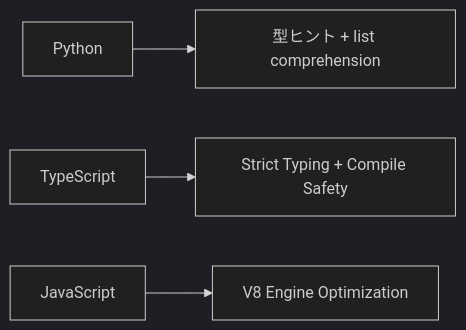
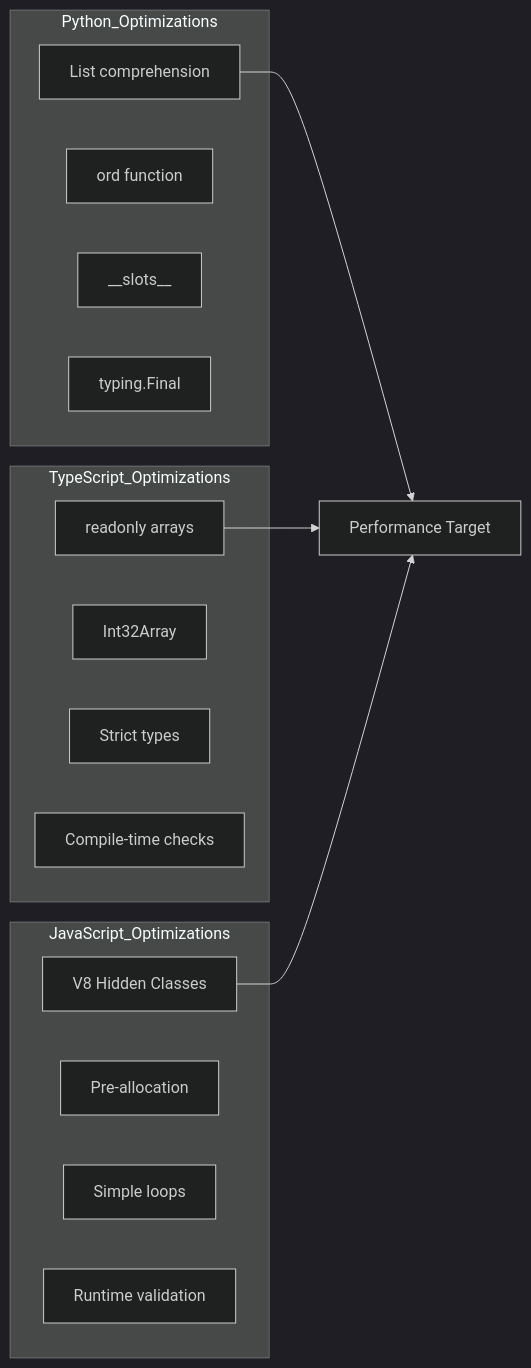
One commit to myoshi2891/Algorithm-DataStructures-Math-SQL changed the fourth of 11 diagrams in README.md. Above: the diagram before and after it, drawn with Mermaid (dark theme). The commit also changed other lines of this file, not shown here.

````diff
--- a/README.md
+++ b/README.md
@@ -54,6 +112,27 @@
 ```mermaid
-flowchart LR
-    P[Python] --> C1[型ヒント + list comprehension]
-    T[TypeScript] --> C2[Strict Typing + Compile Safety]
-    J[JavaScript] --> C3[V8 Engine Optimization]
+graph LR
+    subgraph Python_Optimizations
+        P1[List comprehension]
+        P2[ord function]
+        P3[__slots__]
+        P4[typing.Final]
+    end
+    
+    subgraph TypeScript_Optimizations
+        T1[readonly arrays]
+        T2[Int32Array]
+        T3[Strict types]
+        T4[Compile-time checks]
+    end
+    
+    subgraph JavaScript_Optimizations
+        J1[V8 Hidden Classes]
+        J2[Pre-allocation]
+        J3[Simple loops]
+        J4[Runtime validation]
+    end
+    
+    P1 --> Perf[Performance Target]
+    T1 --> Perf
+    J1 --> Perf
 ```
````
